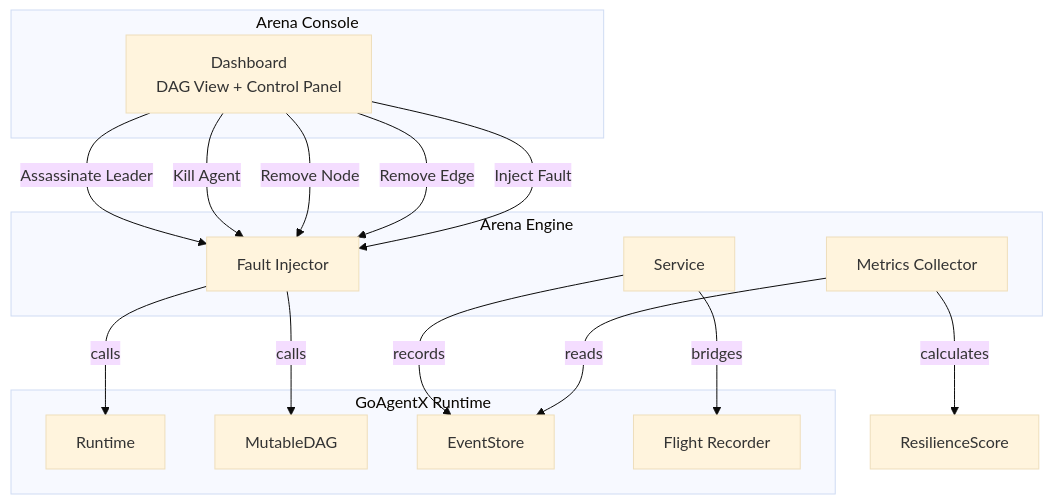
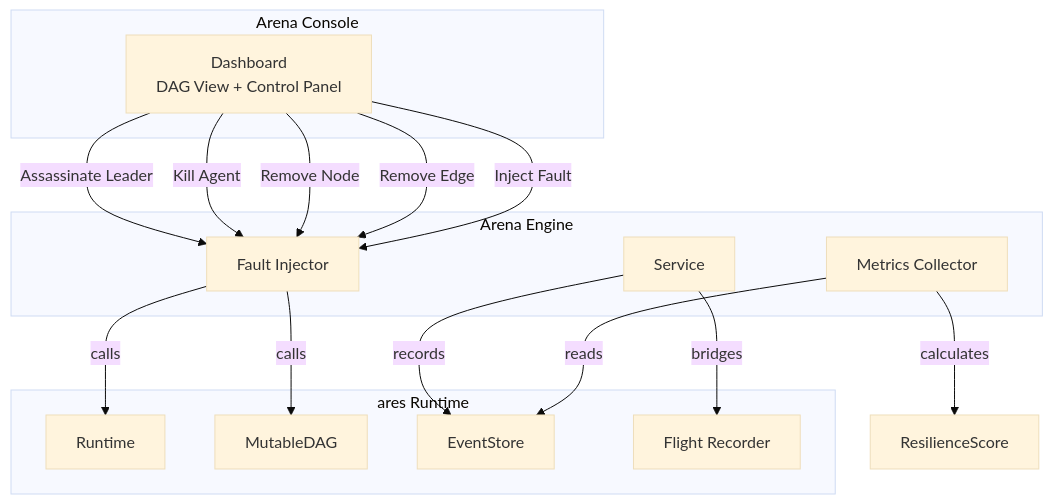
The first of 6 diagrams in docs/articles/en/arena-fault-injection-deep-dive.md (Timwood0x10/ARES), drawn with Mermaid (base theme) before and after one commit. The commit also changed other lines of this file and 671 other files, not shown here.

````diff
--- a/docs/articles/en/arena-fault-injection-deep-dive.md
+++ b/docs/articles/en/arena-fault-injection-deep-dive.md
@@ -19,31 +19,31 @@
 ```mermaid
 graph TB
     subgraph "Arena Console"
         D[Dashboard\nDAG View + Control Panel]
     end
 
     subgraph "Arena Engine"
         I[Fault Injector]
         S[Service]
         M[Metrics Collector]
     end
 
-    subgraph "GoAgentX Runtime"
+    subgraph "ares Runtime"
         RT[Runtime]
         DAG[MutableDAG]
         ES[EventStore]
         FR[Flight Recorder]
     end
 
     D -->|Assassinate Leader| I
     D -->|Kill Agent| I
     D -->|Remove Node| I
     D -->|Remove Edge| I
     D -->|Inject Fault| I
     I -->|calls| RT
     I -->|calls| DAG
     S -->|records| ES
     S -->|bridges| FR
     M -->|reads| ES
     M -->|calculates| SC[ResilienceScore]
 ```
````
